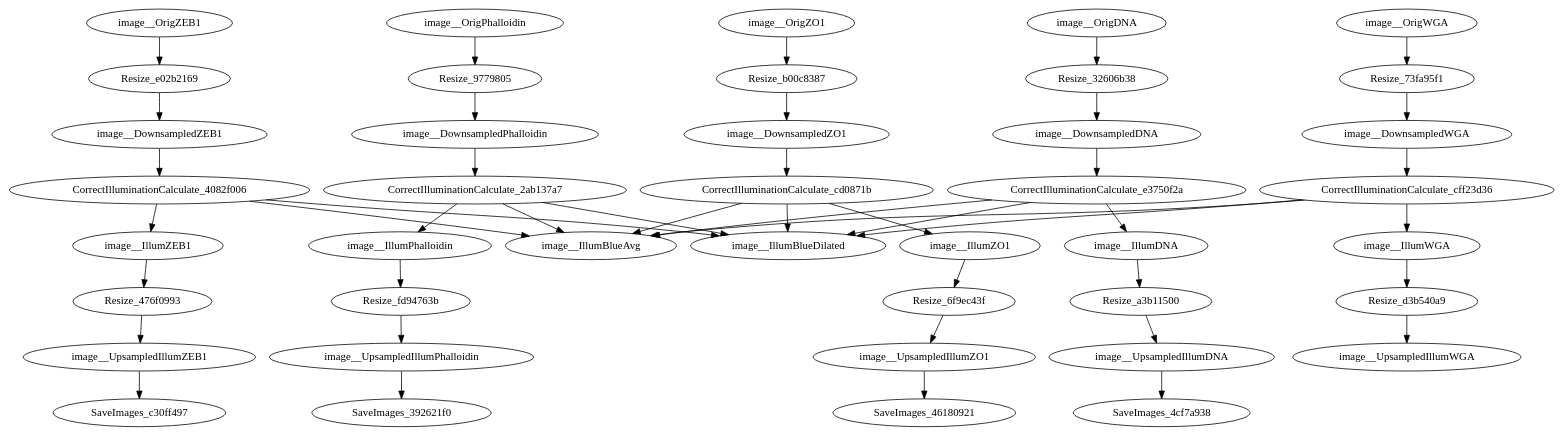
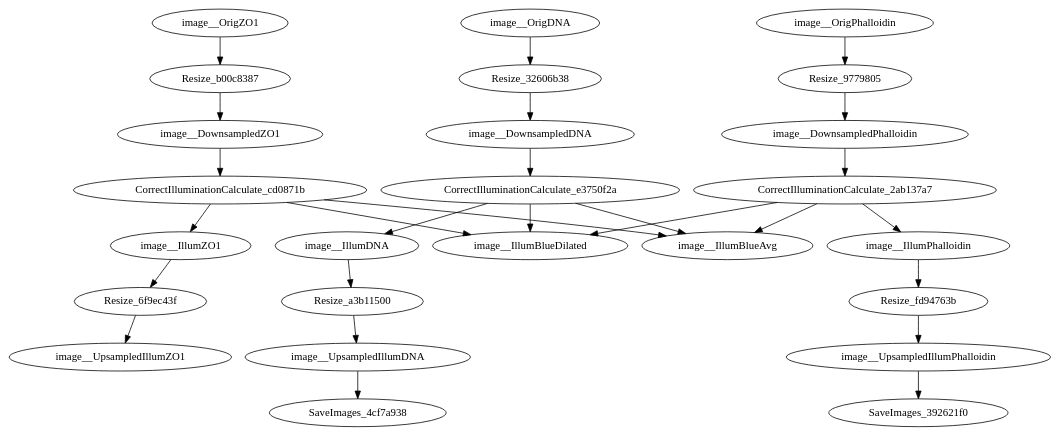
One commit to shntnu/cp_graph changed the diagram in examples/output/illum_mod_ultra.dot. Above: the diagram before and after it, drawn with Graphviz. The commit also changed 10 other files, not shown here.

```diff
--- a/examples/output/illum_mod_ultra.dot
+++ b/examples/output/illum_mod_ultra.dot
@@ -1,87 +1,53 @@
 strict digraph {
 CorrectIlluminationCalculate_2ab137a7 [type=module];
-CorrectIlluminationCalculate_4082f006 [type=module];
 CorrectIlluminationCalculate_cd0871b [type=module];
-CorrectIlluminationCalculate_cff23d36 [type=module];
 CorrectIlluminationCalculate_e3750f2a [type=module];
 Resize_32606b38 [type=module];
-Resize_476f0993 [type=module];
 Resize_6f9ec43f [type=module];
-Resize_73fa95f1 [type=module];
 Resize_9779805 [type=module];
 Resize_a3b11500 [type=module];
 Resize_b00c8387 [type=module];
-Resize_d3b540a9 [type=module];
-Resize_e02b2169 [type=module];
 Resize_fd94763b [type=module];
 SaveImages_392621f0 [type=module];
-SaveImages_46180921 [type=module];
 SaveImages_4cf7a938 [type=module];
-SaveImages_c30ff497 [type=module];
 image__DownsampledDNA [type=image];
 image__DownsampledPhalloidin [type=image];
-image__DownsampledWGA [type=image];
-image__DownsampledZEB1 [type=image];
 image__DownsampledZO1 [type=image];
 image__IllumBlueAvg [type=image];
 image__IllumBlueDilated [type=image];
 image__IllumDNA [type=image];
 image__IllumPhalloidin [type=image];
-image__IllumWGA [type=image];
-image__IllumZEB1 [type=image];
 image__IllumZO1 [type=image];
 image__OrigDNA [type=image];
 image__OrigPhalloidin [type=image];
-image__OrigWGA [type=image];
-image__OrigZEB1 [type=image];
 image__OrigZO1 [type=image];
 image__UpsampledIllumDNA [type=image];
 image__UpsampledIllumPhalloidin [type=image];
-image__UpsampledIllumWGA [type=image];
-image__UpsampledIllumZEB1 [type=image];
 image__UpsampledIllumZO1 [type=image];
 CorrectIlluminationCalculate_2ab137a7 -> image__IllumBlueAvg;
 CorrectIlluminationCalculate_2ab137a7 -> image__IllumBlueDilated;
 CorrectIlluminationCalculate_2ab137a7 -> image__IllumPhalloidin;
-CorrectIlluminationCalculate_4082f006 -> image__IllumBlueAvg;
-CorrectIlluminationCalculate_4082f006 -> image__IllumBlueDilated;
-CorrectIlluminationCalculate_4082f006 -> image__IllumZEB1;
 CorrectIlluminationCalculate_cd0871b -> image__IllumBlueAvg;
 CorrectIlluminationCalculate_cd0871b -> image__IllumBlueDilated;
 CorrectIlluminationCalculate_cd0871b -> image__IllumZO1;
-CorrectIlluminationCalculate_cff23d36 -> image__IllumBlueAvg;
-CorrectIlluminationCalculate_cff23d36 -> image__IllumBlueDilated;
-CorrectIlluminationCalculate_cff23d36 -> image__IllumWGA;
 CorrectIlluminationCalculate_e3750f2a -> image__IllumBlueAvg;
 CorrectIlluminationCalculate_e3750f2a -> image__IllumBlueDilated;
 CorrectIlluminationCalculate_e3750f2a -> image__IllumDNA;
 Resize_32606b38 -> image__DownsampledDNA;
-Resize_476f0993 -> image__UpsampledIllumZEB1;
 Resize_6f9ec43f -> image__UpsampledIllumZO1;
-Resize_73fa95f1 -> image__DownsampledWGA;
 Resize_9779805 -> image__DownsampledPhalloidin;
 Resize_a3b11500 -> image__UpsampledIllumDNA;
 Resize_b00c8387 -> image__DownsampledZO1;
-Resize_d3b540a9 -> image__UpsampledIllumWGA;
-Resize_e02b2169 -> image__DownsampledZEB1;
 Resize_fd94763b -> image__UpsampledIllumPhalloidin;
 image__DownsampledDNA -> CorrectIlluminationCalculate_e3750f2a;
 image__DownsampledPhalloidin -> CorrectIlluminationCalculate_2ab137a7;
-image__DownsampledWGA -> CorrectIlluminationCalculate_cff23d36;
-image__DownsampledZEB1 -> CorrectIlluminationCalculate_4082f006;
 image__DownsampledZO1 -> CorrectIlluminationCalculate_cd0871b;
 image__IllumDNA -> Resize_a3b11500;
 image__IllumPhalloidin -> Resize_fd94763b;
-image__IllumWGA -> Resize_d3b540a9;
-image__IllumZEB1 -> Resize_476f0993;
 image__IllumZO1 -> Resize_6f9ec43f;
 image__OrigDNA -> Resize_32606b38;
 image__OrigPhalloidin -> Resize_9779805;
-image__OrigWGA -> Resize_73fa95f1;
-image__OrigZEB1 -> Resize_e02b2169;
 image__OrigZO1 -> Resize_b00c8387;
 image__UpsampledIllumDNA -> SaveImages_4cf7a938;
 image__UpsampledIllumPhalloidin -> SaveImages_392621f0;
-image__UpsampledIllumZEB1 -> SaveImages_c30ff497;
-image__UpsampledIllumZO1 -> SaveImages_46180921;
 }
```
